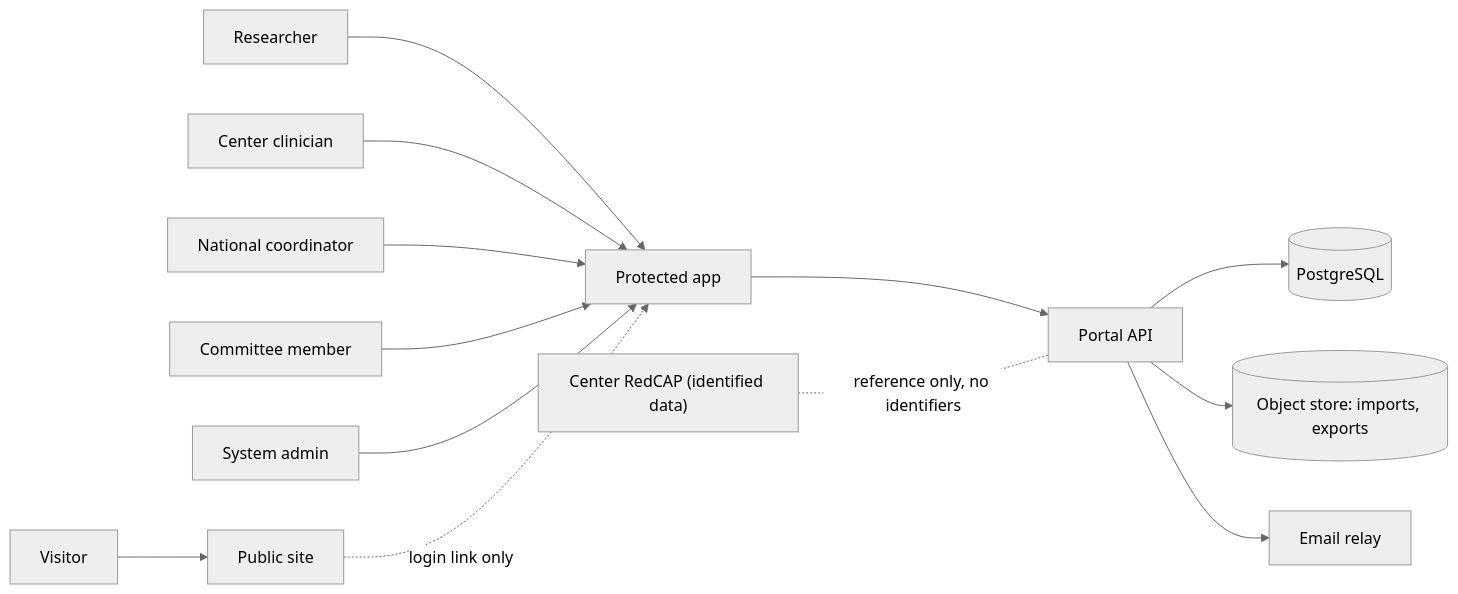
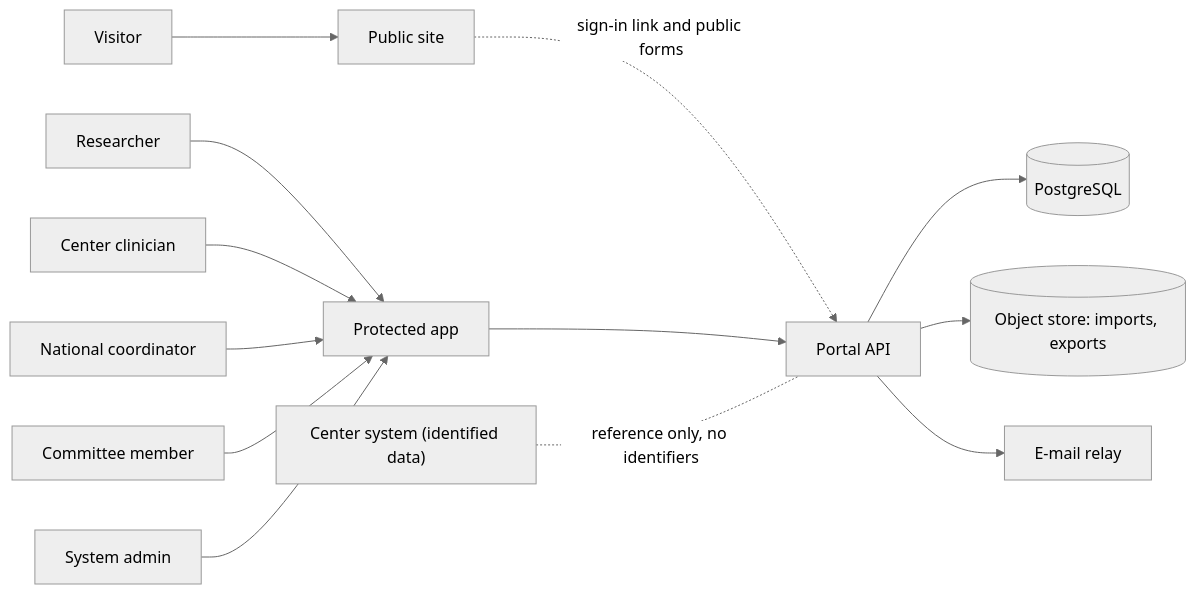
The first of 3 diagrams in docs/architecture.md (johnny882020/ARI-PST), drawn with Mermaid (neutral theme) before and after one commit. The commit also changed other lines of this file and 185 other files, not shown here.

First line of the commit message:
feat: navy/gold restyle, delivery-stage screens, flow tests, docs rewrite, GCP guide, timeline (#9)

````diff
--- a/docs/architecture.md
+++ b/docs/architecture.md
@@ -14,15 +19,15 @@
 ```mermaid
 flowchart LR
   V["Visitor"] --> PUB["Public site"]
   R["Researcher"] --> APP["Protected app"]
   C["Center clinician"] --> APP
   N["National coordinator"] --> APP
   M["Committee member"] --> APP
   A["System admin"] --> APP
-  PUB -. "login link only" .-> APP
+  PUB -. "sign-in link and public forms" .-> API
   APP --> API["Portal API"]
   API --> DB[("PostgreSQL")]
   API --> OBJ[("Object store: imports, exports")]
-  API --> MAIL["Email relay"]
-  RC["Center RedCAP (identified data)"] -. "reference only, no identifiers" .- API
+  API --> MAIL["E-mail relay"]
+  RC["Center system (identified data)"] -. "reference only, no identifiers" .- API
 ```
````
